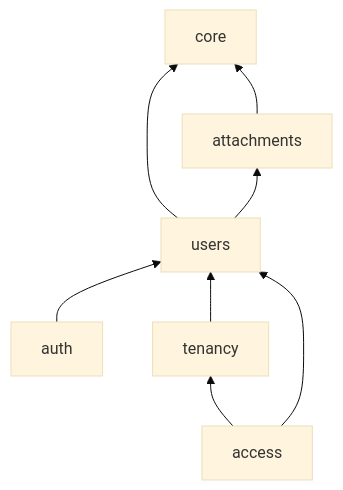
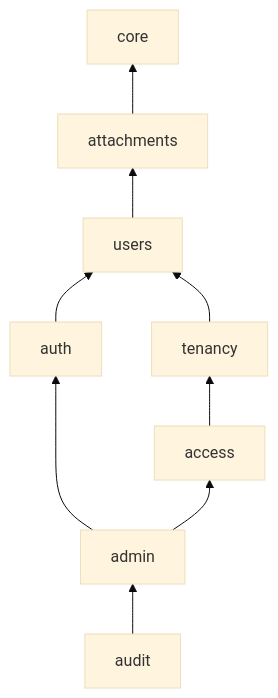
One commit to RenanCGarcia/adonisjs-starter-kit changed the second of 3 diagrams in README.md. Above: the diagram before and after it, drawn with Mermaid (base theme). The commit also changed other lines of this file and 13 other files, not shown here.

````diff
--- a/README.md
+++ b/README.md
@@ -64,10 +87,11 @@
 ```mermaid
 flowchart BT
-  users --> core
   users --> attachments
   attachments --> core
   auth --> users
   tenancy --> users
   access --> tenancy
-  access --> users
+  admin --> auth
+  admin --> access
+  audit --> admin
 ```
````
